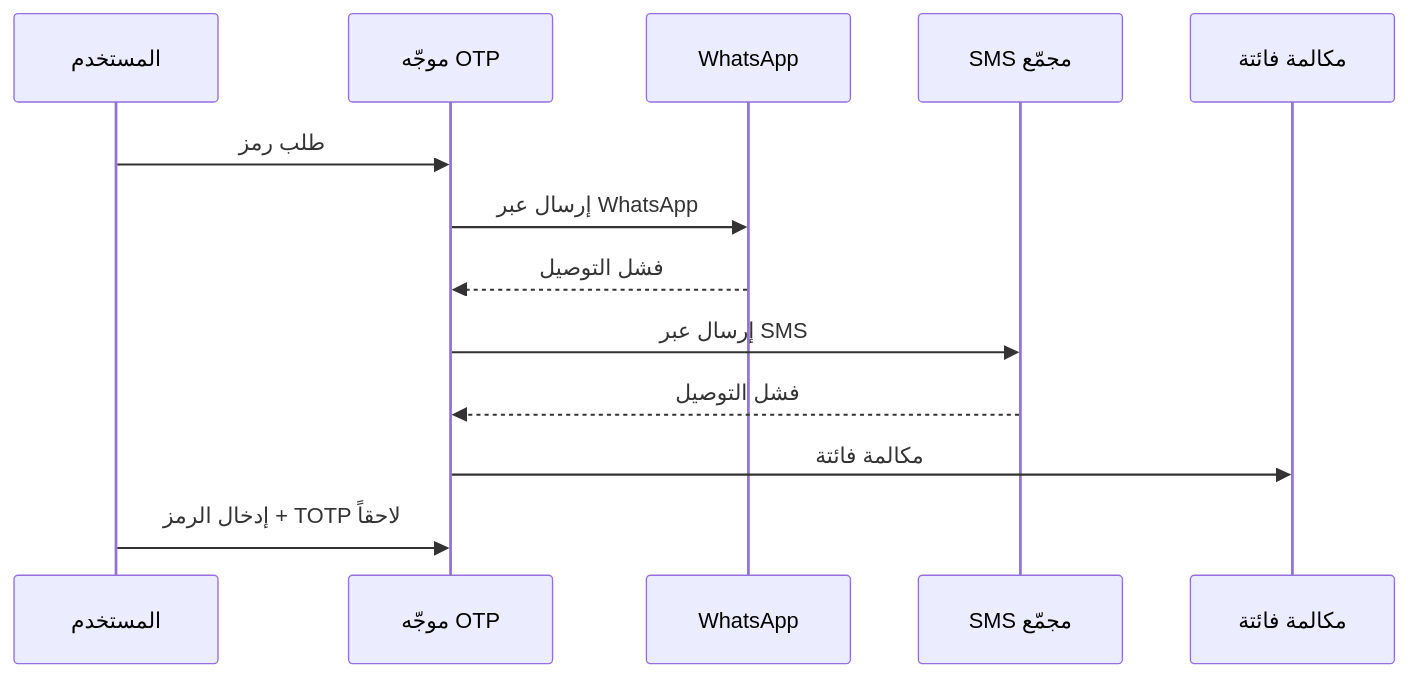
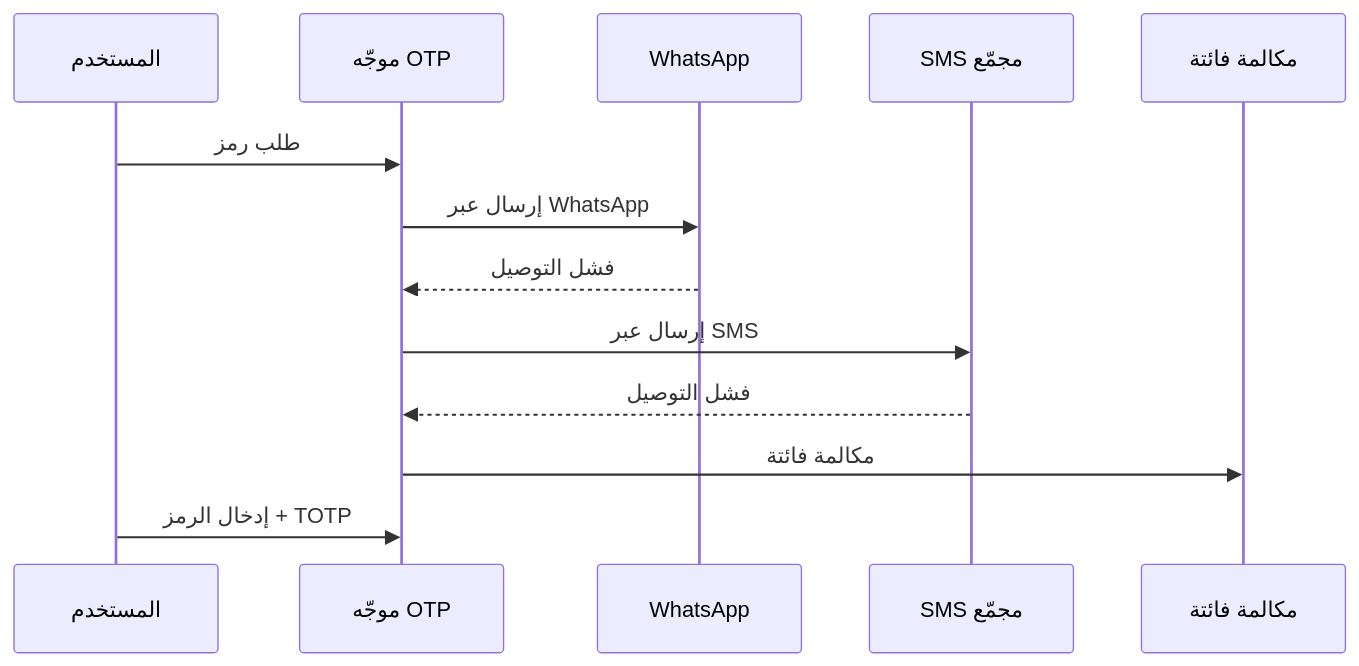
The seventh of 9 diagrams in docs/family-os/governance/architecture/ARCHITECTURE.md (Bassam-mohammed-alqaeadi/family-os-v2), drawn with Mermaid before and after one commit. The commit also changed other lines of this file and 11 other files, not shown here.

````diff
--- a/docs/family-os/governance/architecture/ARCHITECTURE.md
+++ b/docs/family-os/governance/architecture/ARCHITECTURE.md
@@ -273,15 +285,15 @@
 ```mermaid
 sequenceDiagram
     participant U as المستخدم
     participant R as موجّه OTP
     participant W as WhatsApp
     participant M as SMS مجمّع
     participant C as مكالمة فائتة
     U->>R: طلب رمز
     R->>W: إرسال عبر WhatsApp
     W-->>R: فشل التوصيل
     R->>M: إرسال عبر SMS
     M-->>R: فشل التوصيل
     R->>C: مكالمة فائتة
-    U->>R: إدخال الرمز + TOTP لاحقاً
+    U->>R: إدخال الرمز + TOTP
 ```
````
